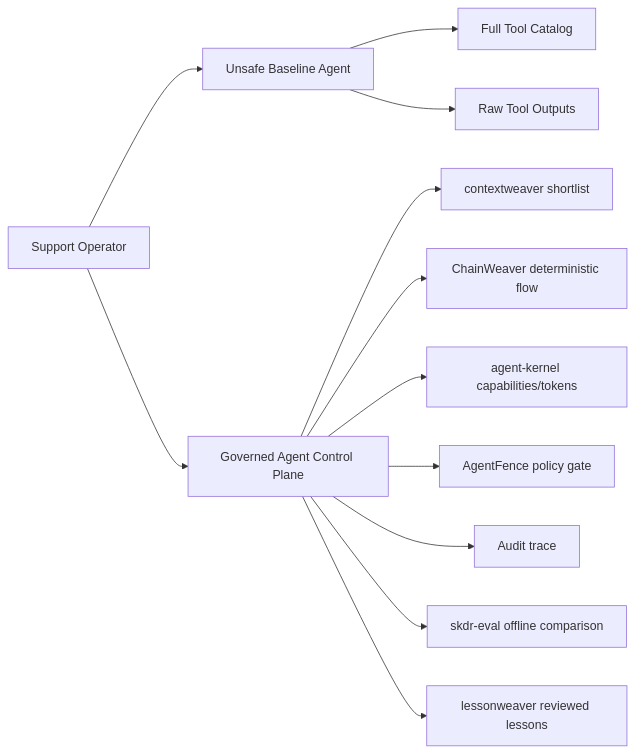
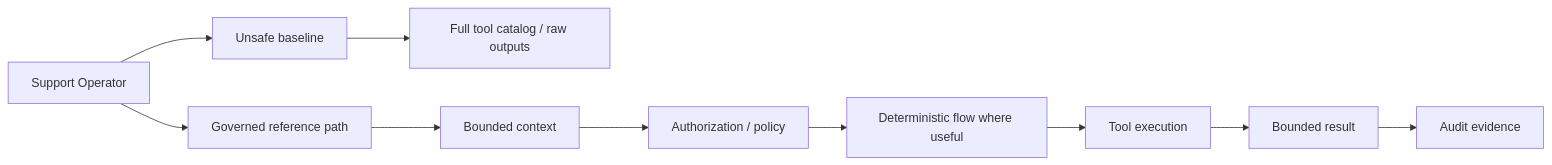
Before and after one commit to dgenio/enterprise-agent-control-plane: the diagram in README.md, drawn with Mermaid. The commit also changed other lines of this file and 1 other file, not shown here.

First line of the commit message:
docs: reposition Control Plane as ASSEMBLE IT (#250)

````diff
--- a/README.md
+++ b/README.md
@@ -73,15 +70,13 @@
 ```mermaid
 flowchart LR
-    U[Support Operator] --> B[Unsafe Baseline Agent]
-    B --> T1[Full Tool Catalog]
-    B --> R1[Raw Tool Outputs]
+    U[Support Operator] --> B[Unsafe baseline]
+    B --> T[Full tool catalog / raw outputs]
 
-    U --> G[Governed Agent Control Plane]
-    G --> CW[contextweaver shortlist]
-    G --> CH[ChainWeaver deterministic flow]
-    G --> AK[agent-kernel capabilities/tokens]
-    G --> AF[AgentFence policy gate]
-    G --> AU[Audit trace]
-    G --> EV[skdr-eval offline comparison]
-    G --> LW[lessonweaver reviewed lessons]
+    U --> G[Governed reference path]
+    G --> C[Bounded context]
+    C --> A[Authorization / policy]
+    A --> F[Deterministic flow where useful]
+    F --> X[Tool execution]
+    X --> R[Bounded result]
+    R --> E[Audit evidence]
 ```
````
